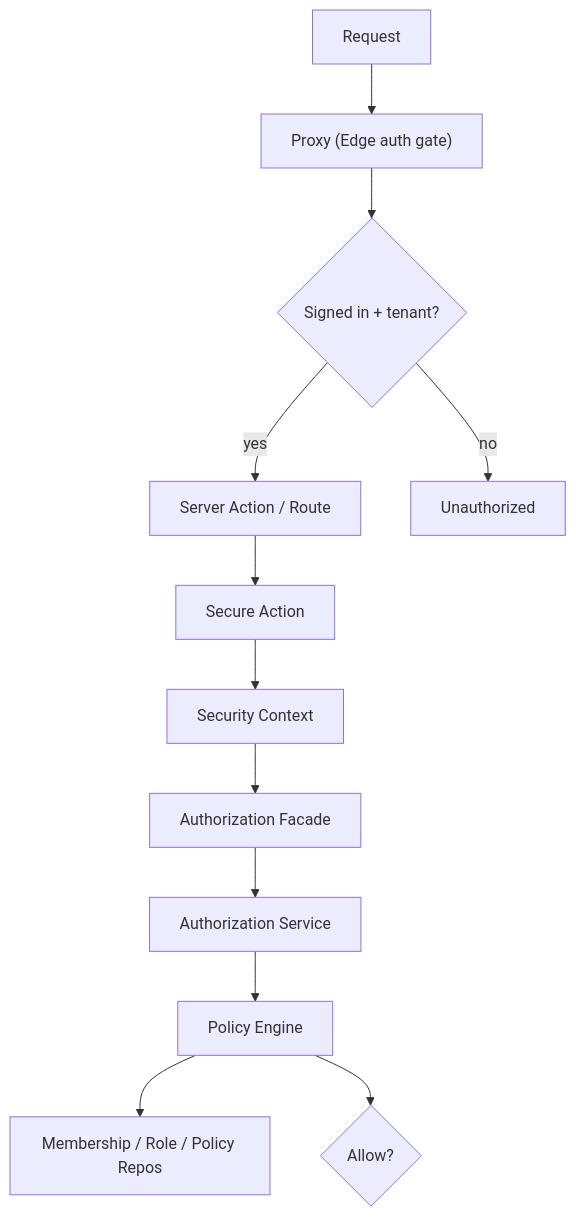
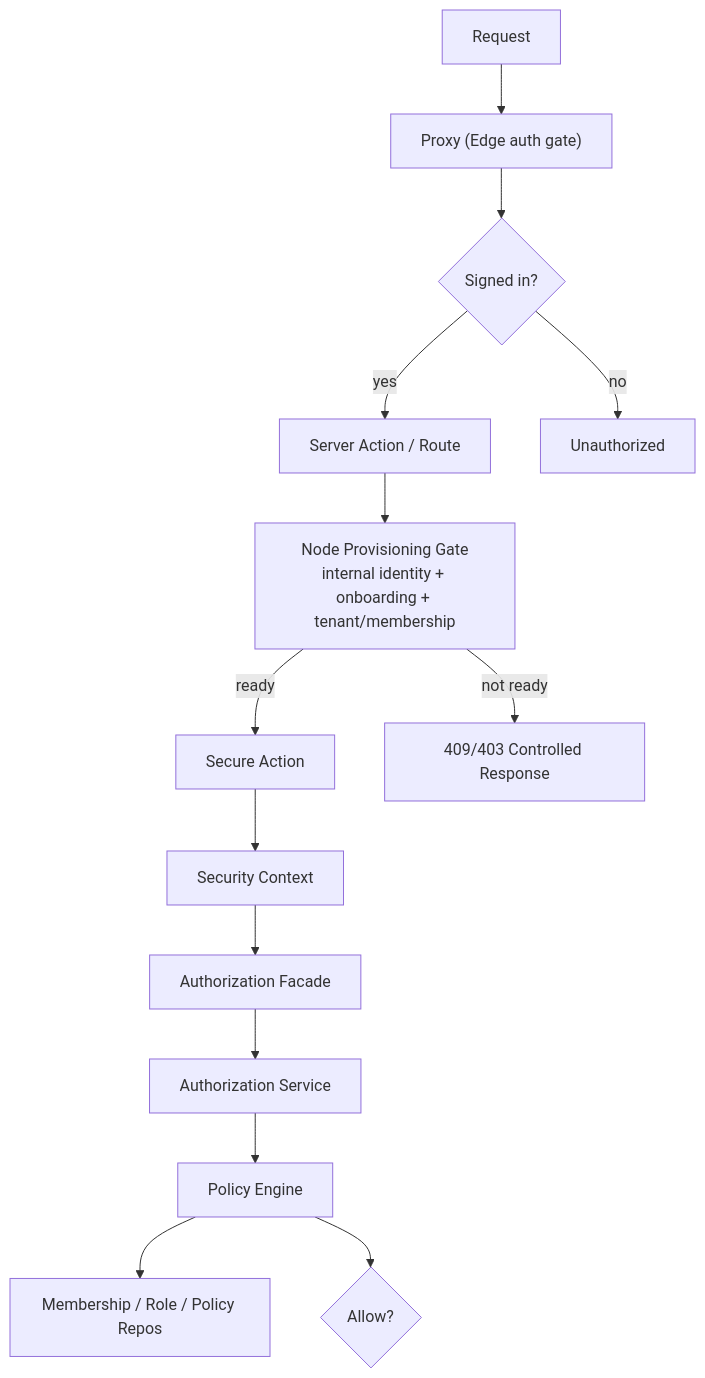
The diagram in docs/architecture/05 – Authorization Flow.md (wmitrus/nextjs-16-boilerplate), drawn with Mermaid before and after one commit.

Commit message:
docs(architecture): update authorization flow diagram for clarity
- Simplified the EdgeGate label to "Signed in?" for better understanding.
- Added NodeProvisioning Gate to clarify the onboarding process.
- Adjusted flow to include controlled responses based on provisioning readiness.

````diff
--- a/docs/architecture/05 – Authorization Flow.md
+++ b/docs/architecture/05 – Authorization Flow.md
@@ -3,28 +3,31 @@
 ```mermaid
 flowchart TD
 
 Req["Request"]
 Proxy["Proxy (Edge auth gate)"]
-EdgeGate{"Signed in + tenant?"}
+EdgeGate{"Signed in?"}
 
 NodeEntry["Server Action / Route"]
+NodeProv["Node Provisioning Gate\ninternal identity + onboarding + tenant/membership"]
 Secure["Secure Action"]
 Ctx["Security Context"]
 
 Facade["Authorization Facade"]
 Service["Authorization Service"]
 Engine["Policy Engine"]
 Repos["Membership / Role / Policy Repos"]
 
 Allow{"Allow?"}
 
 Req --> Proxy --> EdgeGate
 EdgeGate -->|yes| NodeEntry
 EdgeGate -->|no| Deny["Unauthorized"]
 
-NodeEntry --> Secure --> Ctx
+NodeEntry --> NodeProv
+NodeProv -->|ready| Secure --> Ctx
+NodeProv -->|not ready| DenyProv["409/403 Controlled Response"]
 
 Ctx --> Facade --> Service --> Engine --> Repos
 
 Engine --> Allow
 ```
````
